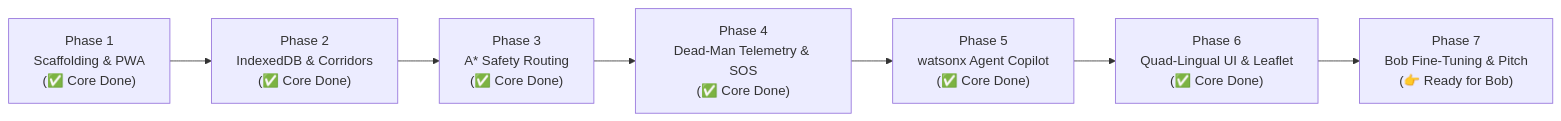
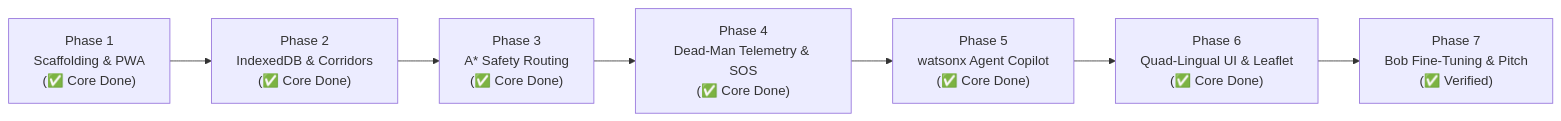
Before and after one commit to GyaneshSamanta/IBM-Bobathon: the diagram in BOB_TASK_LIST.md, drawn with Mermaid. The commit also changed other lines of this file, not shown here.

````diff
--- a/BOB_TASK_LIST.md
+++ b/BOB_TASK_LIST.md
@@ -9,9 +9,9 @@
 ```mermaid
 flowchart LR
     P1["Phase 1\nScaffolding & PWA\n(✅ Core Done)"] --> P2["Phase 2\nIndexedDB & Corridors\n(✅ Core Done)"]
     P2 --> P3["Phase 3\nA* Safety Routing\n(✅ Core Done)"]
     P3 --> P4["Phase 4\nDead-Man Telemetry & SOS\n(✅ Core Done)"]
     P4 --> P5["Phase 5\nwatsonx Agent Copilot\n(✅ Core Done)"]
     P5 --> P6["Phase 6\nQuad-Lingual UI & Leaflet\n(✅ Core Done)"]
-    P6 --> P7["Phase 7\nBob Fine-Tuning & Pitch\n(👉 Ready for Bob)"]
+    P6 --> P7["Phase 7\nBob Fine-Tuning & Pitch\n(✅ Verified)"]
 ```
````
